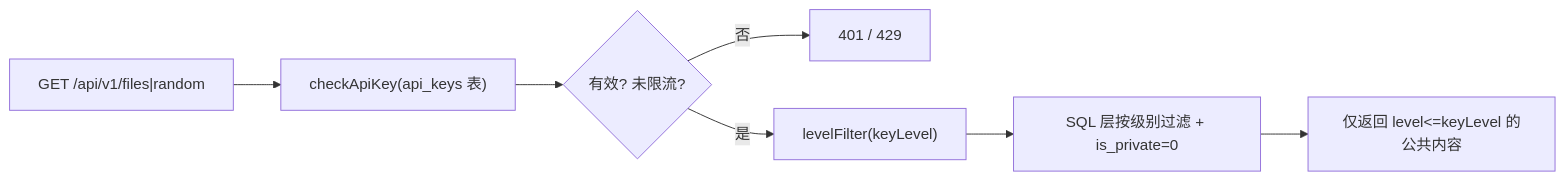
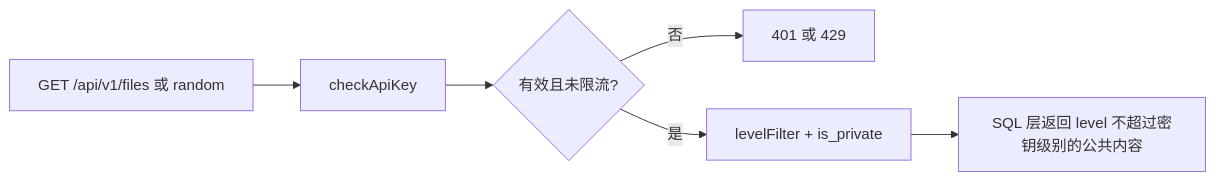
The second of 2 diagrams in .monkeycode/docs/ARCHITECTURE.md (ichq1069/telegram-r2-worker), drawn with Mermaid before and after one commit. The commit also changed other lines of this file and 16 other files, not shown here.

````diff
--- a/.monkeycode/docs/ARCHITECTURE.md
+++ b/.monkeycode/docs/ARCHITECTURE.md
@@ -120,9 +138,8 @@
 ```mermaid
 flowchart LR
-    A["GET /api/v1/files|random"] --> B["checkApiKey(api_keys 表)"]
-    B --> C{"有效? 未限流?"}
-    C -->|否| D["401 / 429"]
-    C -->|是| E["levelFilter(keyLevel)"]
-    E --> F["SQL 层按级别过滤 + is_private=0"]
-    F --> G["仅返回 level<=keyLevel 的公共内容"]
+    A["GET /api/v1/files 或 random"] --> B["checkApiKey"]
+    B --> C{"有效且未限流?"}
+    C -->|否| D["401 或 429"]
+    C -->|是| E["levelFilter + is_private"]
+    E --> F["SQL 层返回 level 不超过密钥级别的公共内容"]
 ```
````
